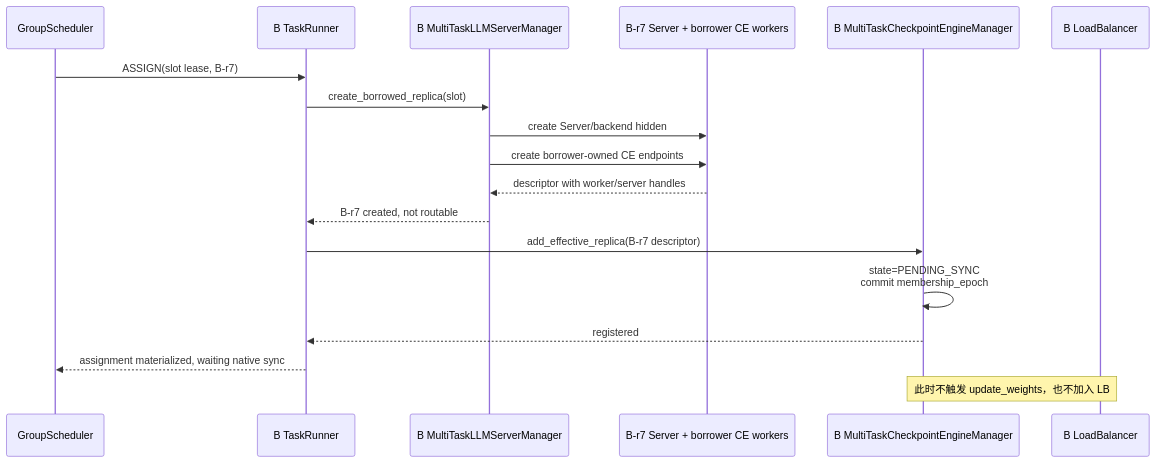
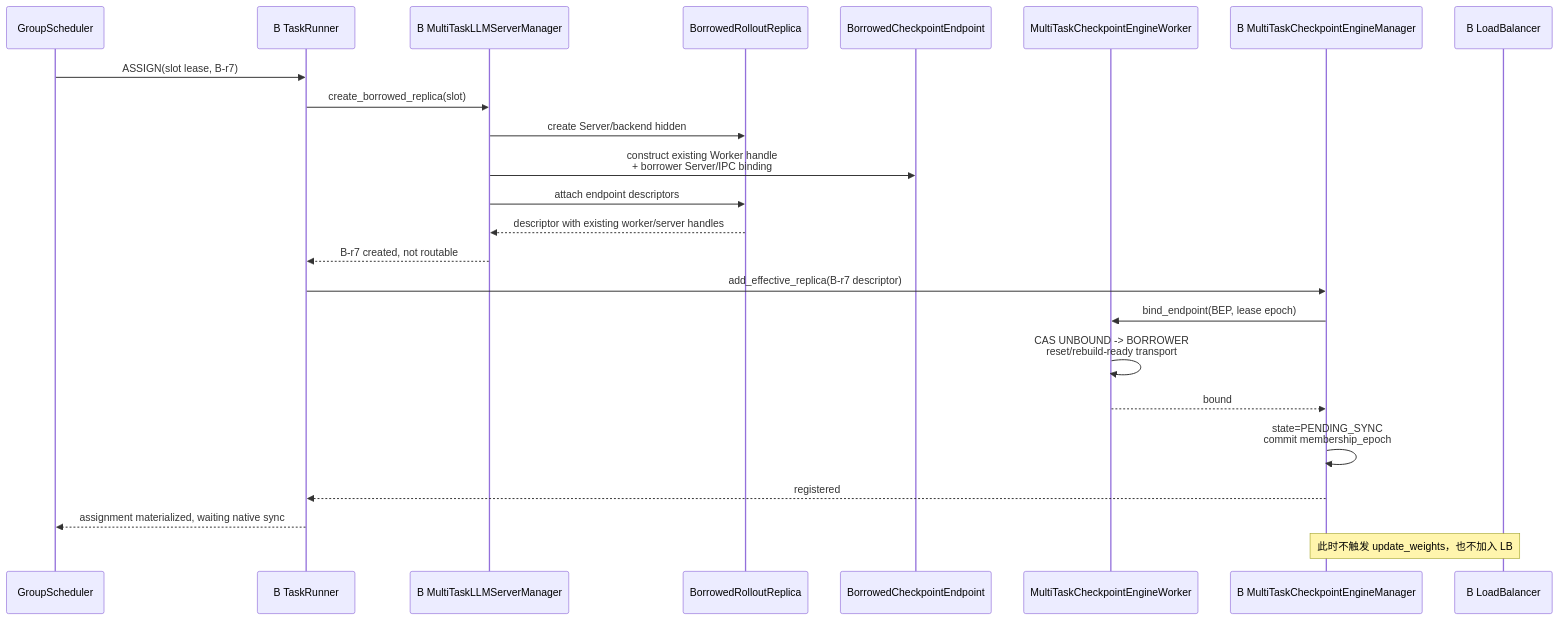
Before and after one commit to niuypei/multi_task_verl: the fourth of 5 diagrams in multi_task_scheduler/07-async-parameter-sync-checkpoint-engine.md, drawn with Mermaid. The commit also changed other lines of this file and 4 other files, not shown here.

Commit message:
docs: refine standalone multi-task resource sharing RFC

````diff
--- a/multi_task_scheduler/07-async-parameter-sync-checkpoint-engine.md
+++ b/multi_task_scheduler/07-async-parameter-sync-checkpoint-engine.md
@@ -387,21 +427,27 @@
 ```mermaid
 sequenceDiagram
     participant GS as GroupScheduler
     participant BT as B TaskRunner
     participant BM as B MultiTaskLLMServerManager
-    participant BR as B-r7 Server + borrower CE workers
+    participant BR as BorrowedRolloutReplica
+    participant BEP as BorrowedCheckpointEndpoint
+    participant CW as MultiTaskCheckpointEngineWorker
     participant BCE as B MultiTaskCheckpointEngineManager
     participant BLB as B LoadBalancer
 
     GS->>BT: ASSIGN(slot lease, B-r7)
     BT->>BM: create_borrowed_replica(slot)
     BM->>BR: create Server/backend hidden
-    BM->>BR: create borrower-owned CE endpoints
-    BR-->>BM: descriptor with worker/server handles
+    BM->>BEP: construct existing Worker handle<br/>+ borrower Server/IPC binding
+    BM->>BR: attach endpoint descriptors
+    BR-->>BM: descriptor with existing worker/server handles
     BM-->>BT: B-r7 created, not routable
     BT->>BCE: add_effective_replica(B-r7 descriptor)
+    BCE->>CW: bind_endpoint(BEP, lease epoch)
+    CW->>CW: CAS UNBOUND -> BORROWER<br/>reset/rebuild-ready transport
+    CW-->>BCE: bound
     BCE->>BCE: state=PENDING_SYNC<br/>commit membership_epoch
     BCE-->>BT: registered
     BT-->>GS: assignment materialized, waiting native sync
     Note over BCE,BLB: 此时不触发 update_weights，也不加入 LB
 ```
````
